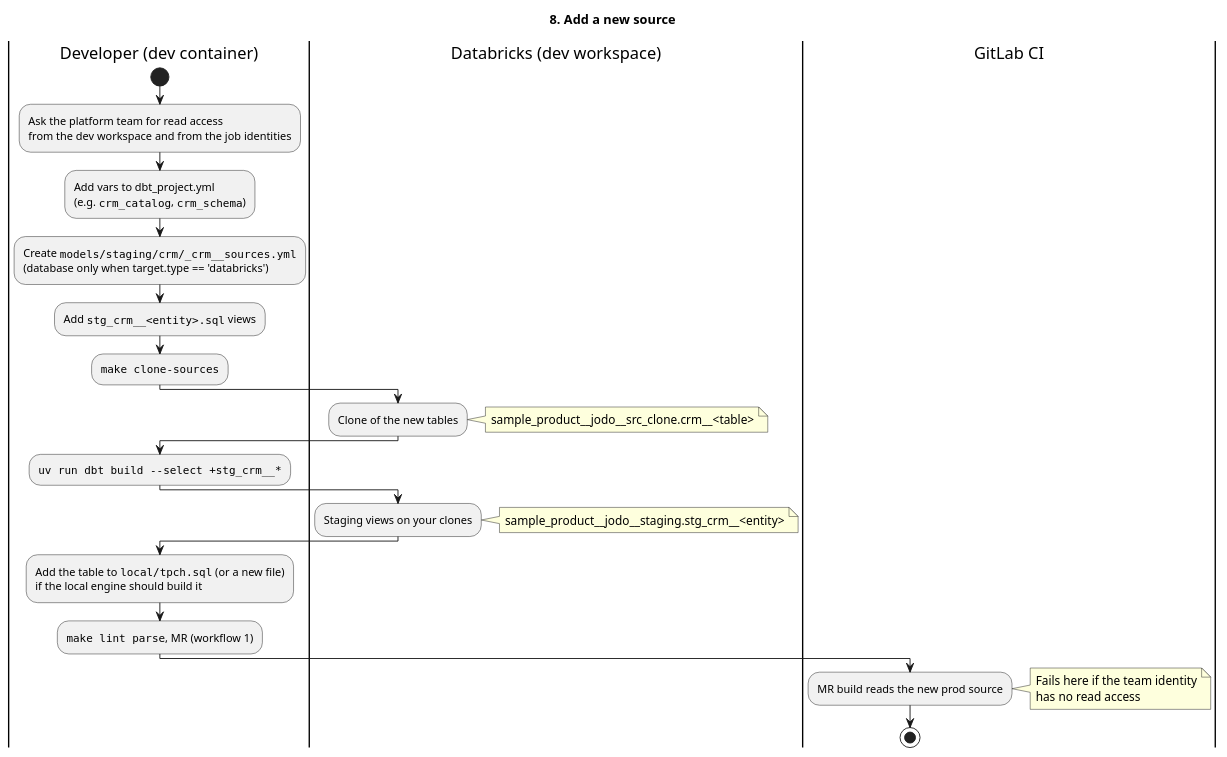
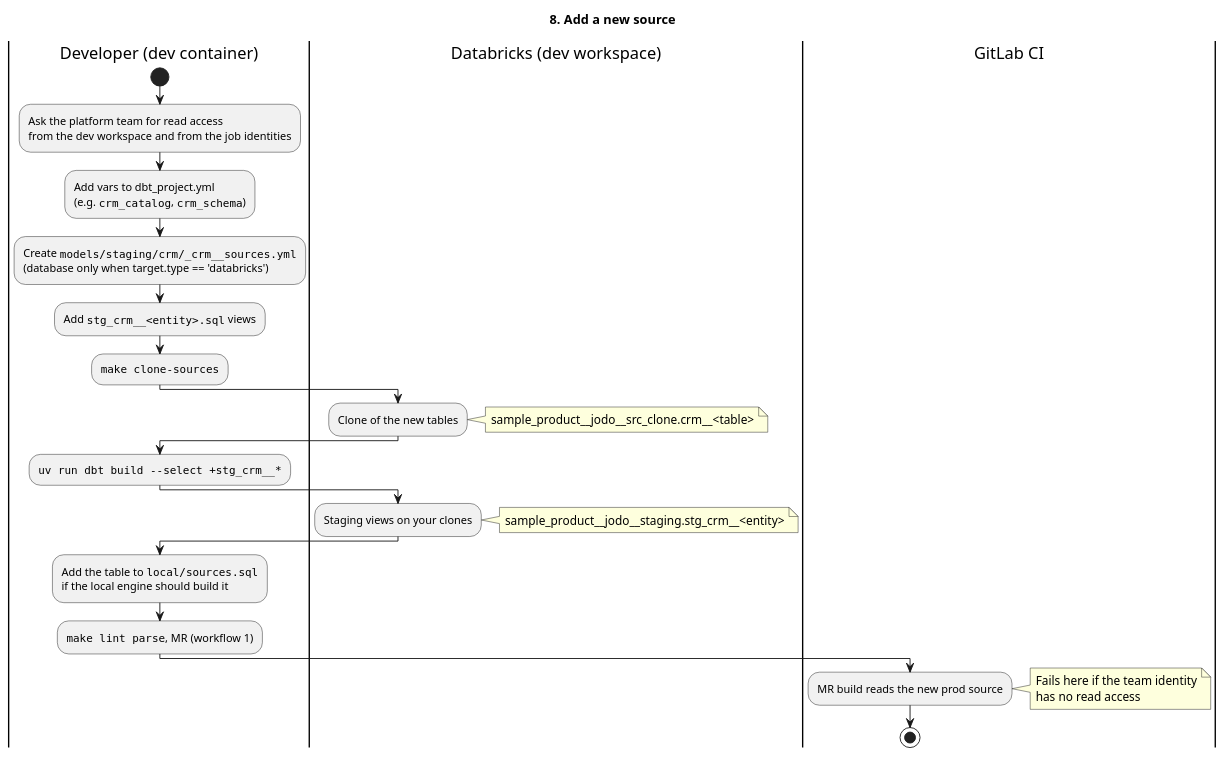
The diagram in docs/diagrams/workflow-8-new-source.puml (PeterHenell/dbt-databricks-template), drawn with PlantUML before and after one commit. The commit also changed 30 other files, not shown here.

```diff
--- a/docs/diagrams/workflow-8-new-source.puml
+++ b/docs/diagrams/workflow-8-new-source.puml
@@ -1,37 +1,37 @@
 @startuml workflow-8-new-source
 title 8. Add a new source
 
 |Developer (dev container)|
 start
 :Ask the platform team for read access
 from the dev workspace and from the job identities;
 :Add vars to dbt_project.yml
 (e.g. ""crm_catalog"", ""crm_schema"");
 :Create ""models/staging/crm/_crm~__sources.yml""
 (database only when target.type == 'databricks');
 :Add ""stg_crm~__<entity>.sql"" views;
 :""make clone-sources"";
 |Databricks (dev workspace)|
 :Clone of the new tables;
 note right
   sample_product~__jodo~__src_clone.crm~__<table>
 end note
 |Developer (dev container)|
 :""uv run dbt build ~--select +stg_crm~__*"";
 |Databricks (dev workspace)|
 :Staging views on your clones;
 note right
   sample_product~__jodo~__staging.stg_crm~__<entity>
 end note
 |Developer (dev container)|
-:Add the table to ""local/tpch.sql"" (or a new file)
+:Add the table to ""local/sources.sql""
 if the local engine should build it;
 :""make lint parse"", MR (workflow 1);
 |GitLab CI|
 :MR build reads the new prod source;
 note right
   Fails here if the team identity
   has no read access
 end note
 stop
 @enduml
```
